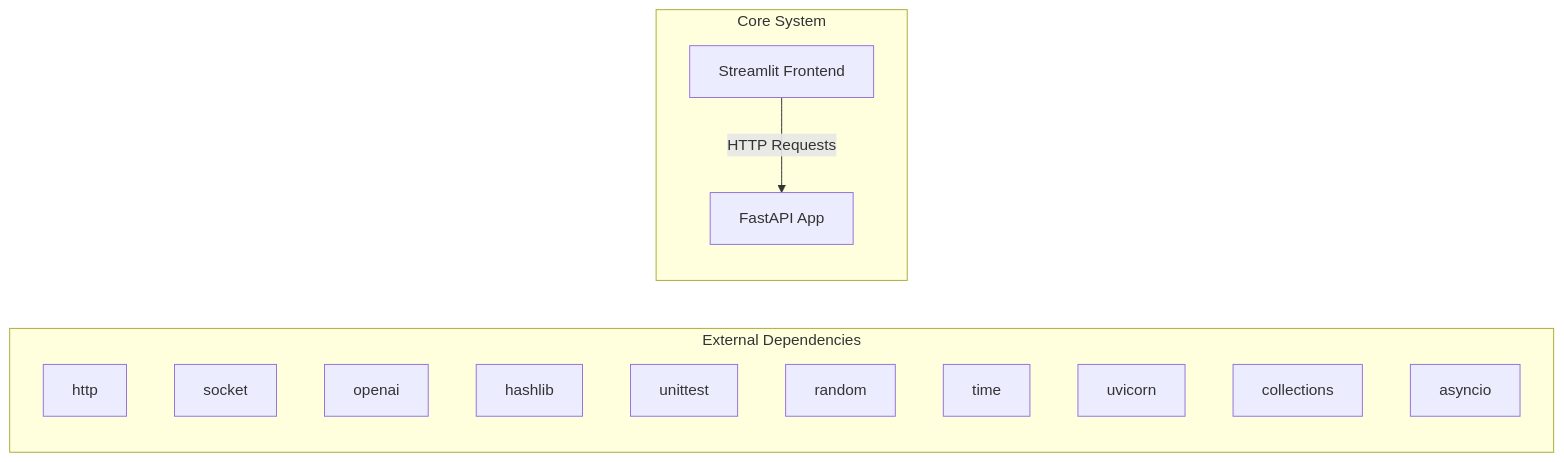
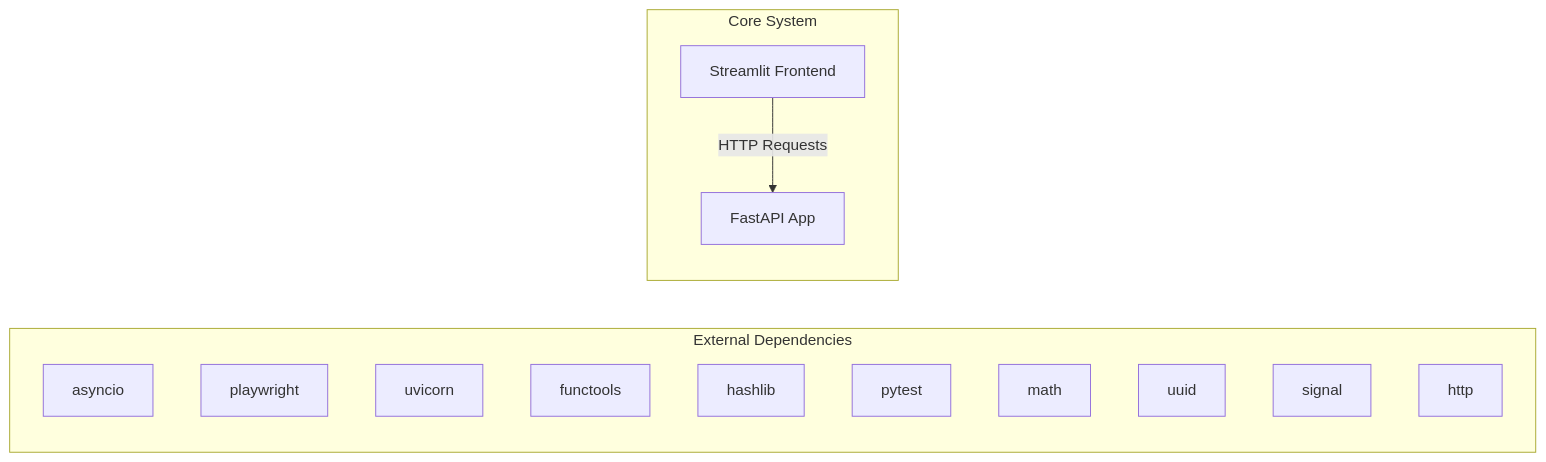
Before and after one commit to NITISH-R-G/rag-context-optimizer: the first of 2 diagrams in docs/architecture.md, drawn with Mermaid. The commit also changed 1 other file, not shown here.

Commit message:
docs: auto-update repository knowledge, architecture diagrams, and documentation

````diff
--- a/docs/architecture.md
+++ b/docs/architecture.md
@@ -7,20 +7,20 @@
 ```mermaid
 graph LR
     subgraph External Dependencies
-        E0["http"]
-        E1["socket"]
-        E2["openai"]
-        E3["hashlib"]
-        E4["unittest"]
-        E5["random"]
-        E6["time"]
-        E7["uvicorn"]
-        E8["collections"]
-        E9["asyncio"]
+        E0["asyncio"]
+        E1["playwright"]
+        E2["uvicorn"]
+        E3["functools"]
+        E4["hashlib"]
+        E5["pytest"]
+        E6["math"]
+        E7["uuid"]
+        E8["signal"]
+        E9["http"]
     end
     subgraph Core System
         API["FastAPI App"]
         UI["Streamlit Frontend"]
     end
     UI -->|HTTP Requests| API
 ```
````
